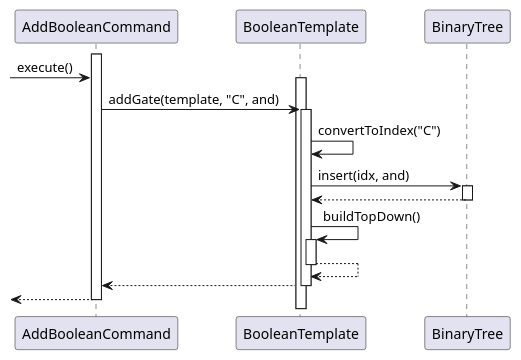
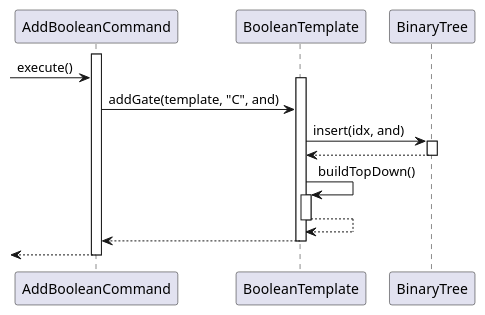
The diagram in docs/diagrams/AddBooleanCommand.puml (sevenseasofbri/tp), drawn with PlantUML before and after one commit.

```diff
--- a/docs/diagrams/AddBooleanCommand.puml
+++ b/docs/diagrams/AddBooleanCommand.puml
@@ -2,29 +2,27 @@
 @startuml
 activate AddBooleanCommand
 
 ->AddBooleanCommand: execute()
 
 activate BooleanTemplate
 AddBooleanCommand -> BooleanTemplate: addGate(template, "C", and)
 
-activate BooleanTemplate
-BooleanTemplate -> BooleanTemplate: convertToIndex("C")
 
 BooleanTemplate -> BinaryTree : insert(idx, and)
 activate BinaryTree
 
 BinaryTree --> BooleanTemplate
 deactivate BinaryTree
 
 BooleanTemplate -> BooleanTemplate : buildTopDown()
 activate BooleanTemplate
 
 BooleanTemplate --> BooleanTemplate
 deactivate BooleanTemplate
 
 BooleanTemplate --> AddBooleanCommand
 deactivate BooleanTemplate
 
 <-- AddBooleanCommand
 deactivate AddBooleanCommand
 @enduml
```
